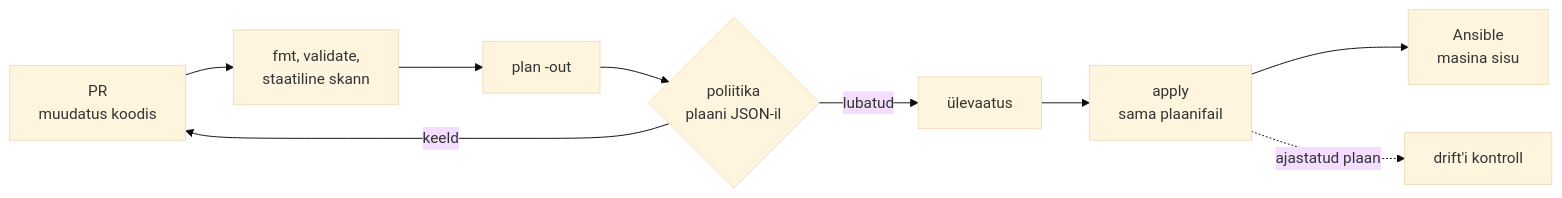
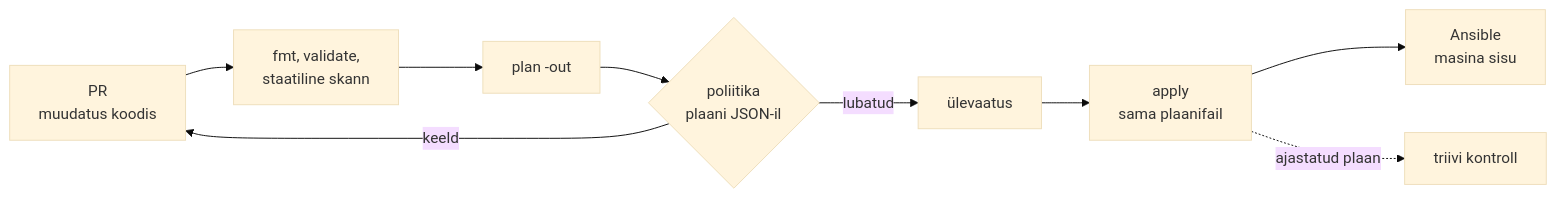
Before and after one commit to hkhk-tk/is1-automatiseerimine: the diagram in docs/teemad/iac.md, drawn with Mermaid (base theme). The commit also changed other lines of this file and 103 other files, not shown here.

````diff
--- a/docs/teemad/iac.md
+++ b/docs/teemad/iac.md
@@ -23,11 +23,11 @@
 ```mermaid
 flowchart LR
     PR["PR<br/>muudatus koodis"] --> V["fmt, validate,<br/>staatiline skann"]
     V --> P["plan -out"]
     P --> POL{"poliitika<br/>plaani JSON-il"}
     POL -- keeld --> PR
     POL -- lubatud --> R["ülevaatus"]
     R --> A["apply<br/>sama plaanifail"]
     A --> ANS["Ansible<br/>masina sisu"]
-    A -. ajastatud plaan .-> D["drift'i kontroll"]
+    A -. ajastatud plaan .-> D["triivi kontroll"]
 ```
````
